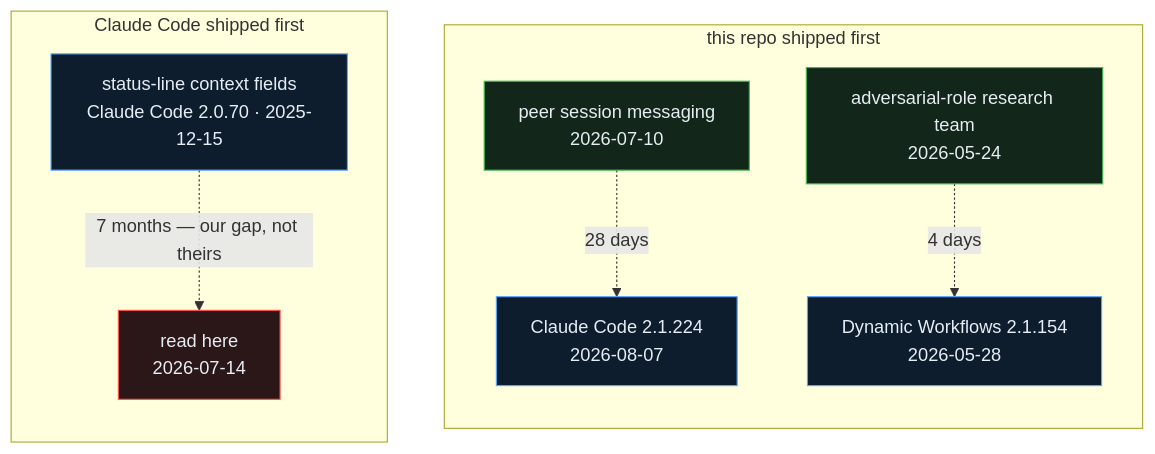
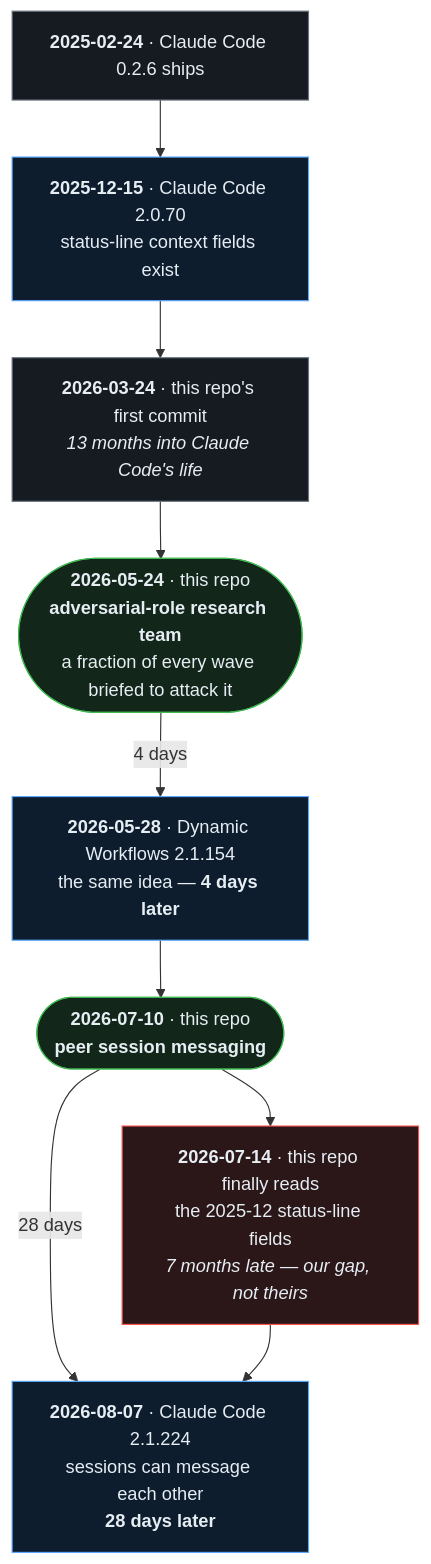
One commit to renchris/claude-infrastructure changed the first of 7 diagrams in README.md. Above: the diagram before and after it, drawn with Mermaid. The commit also changed other lines of this file and 3 other files, not shown here.

````diff
--- a/README.md
+++ b/README.md
@@ -58,24 +58,25 @@
 ```mermaid
 flowchart TB
-    subgraph WE["this repo shipped first"]
-        direction TB
-        P1["peer session messaging<br/>2026-07-10"]
-        P2["Claude Code 2.1.224<br/>2026-08-07"]
-        P1 -.->|"28 days"| P2
-        R1["adversarial-role research team<br/>2026-05-24"]
-        R2["Dynamic Workflows 2.1.154<br/>2026-05-28"]
-        R1 -.->|"4 days"| R2
-    end
-    subgraph THEY["Claude Code shipped first"]
-        direction TB
-        S1["status-line context fields<br/>Claude Code 2.0.70 · 2025-12-15"]
-        S2["read here<br/>2026-07-14"]
-        S1 -.->|"7 months — our gap, not theirs"| S2
-    end
+    T0["<b>2025-02-24</b> · Claude Code 0.2.6 ships"]
+    T1["<b>2025-12-15</b> · Claude Code 2.0.70<br/>status-line context fields exist"]
+    T2["<b>2026-03-24</b> · this repo's first commit<br/><i>13 months into Claude Code's life</i>"]
+    T3(["<b>2026-05-24</b> · this repo<br/><b>adversarial-role research team</b><br/>a fraction of every wave briefed to attack it"])
+    T4["<b>2026-05-28</b> · Dynamic Workflows 2.1.154<br/>the same idea — <b>4 days later</b>"]
+    T5(["<b>2026-07-10</b> · this repo<br/><b>peer session messaging</b>"])
+    T6["<b>2026-07-14</b> · this repo finally reads<br/>the 2025-12 status-line fields<br/><i>7 months late — our gap, not theirs</i>"]
+    T7["<b>2026-08-07</b> · Claude Code 2.1.224<br/>sessions can message each other<br/><b>28 days later</b>"]
+    T0 --> T1 --> T2 --> T3
+    T3 -->|"4 days"| T4
+    T4 --> T5
+    T5 -->|"28 days"| T7
+    T5 --> T6
+    T6 --> T7
+    classDef cc fill:#0d1d2e,stroke:#58a6ff,color:#e6edf3
     classDef win fill:#12261a,stroke:#3fb950,color:#e6edf3
-    classDef cc fill:#0d1d2e,stroke:#58a6ff,color:#e6edf3
     classDef late fill:#2b1618,stroke:#f85149,color:#e6edf3
-    class P1,R1 win
-    class P2,R2,S1 cc
-    class S2 late
+    classDef base fill:#161b22,stroke:#6e7681,color:#e6edf3
+    class T0,T2 base
+    class T1,T4,T7 cc
+    class T3,T5 win
+    class T6 late
 ```
````
